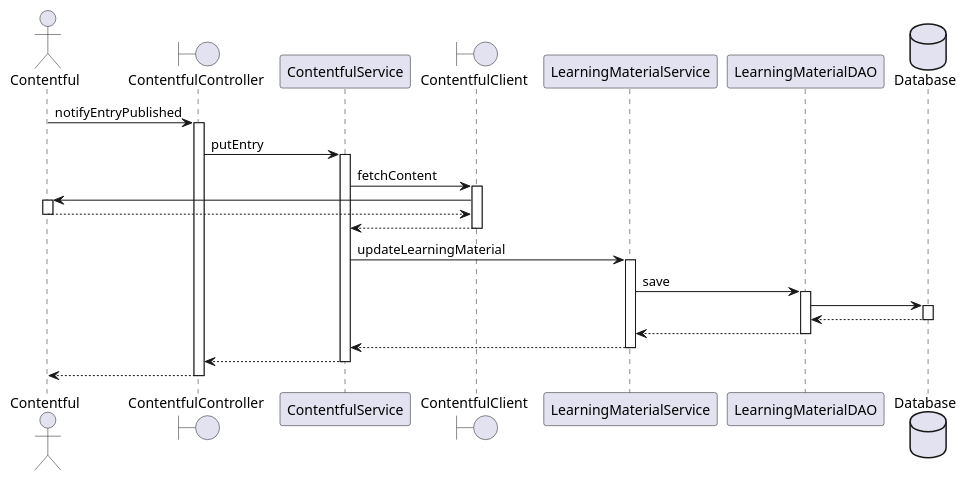
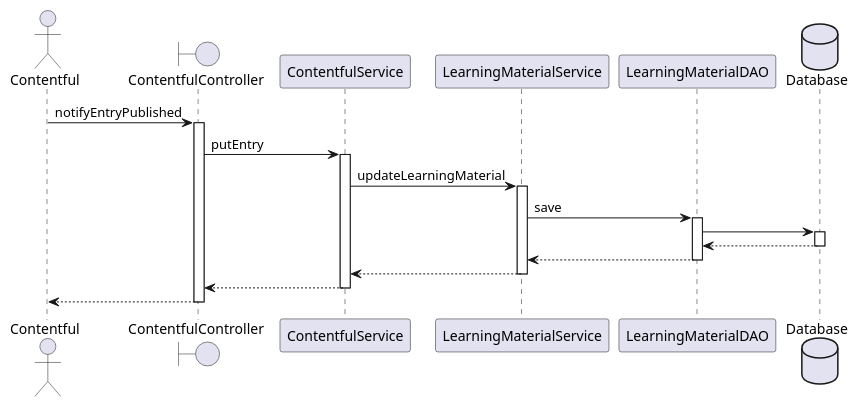
One commit to stavik31/Citizen-Centric-Human-Resource-Mangement-System changed the diagram in diagrams/ContentfulController-notifyEntryPublished-sequence.puml. Above: the diagram before and after it, drawn with PlantUML. The commit also changed 37 other files, not shown here.

```diff
--- a/diagrams/ContentfulController-notifyEntryPublished-sequence.puml
+++ b/diagrams/ContentfulController-notifyEntryPublished-sequence.puml
@@ -1,28 +1,23 @@
 @startuml
 
 autoactivate on
 
 actor Contentful
 boundary ContentfulController
 participant ContentfulService
-boundary ContentfulClient
 participant LearningMaterialService
 participant LearningMaterialDAO
 database Database
 
 Contentful -> ContentfulController : notifyEntryPublished
 ContentfulController -> ContentfulService : putEntry
-ContentfulService -> ContentfulClient : fetchContent
-ContentfulClient -> Contentful
-return
-return
 ContentfulService -> LearningMaterialService : updateLearningMaterial
 LearningMaterialService -> LearningMaterialDAO : save
 LearningMaterialDAO -> Database
 return
 return
 return
 return
 return
 
 @enduml
```
